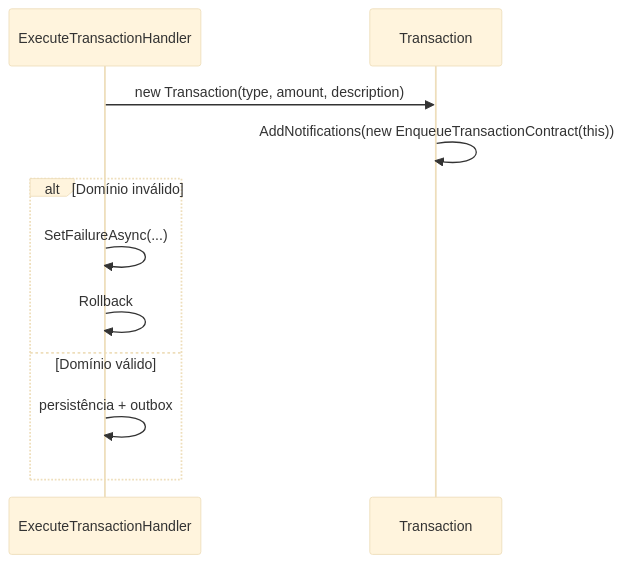
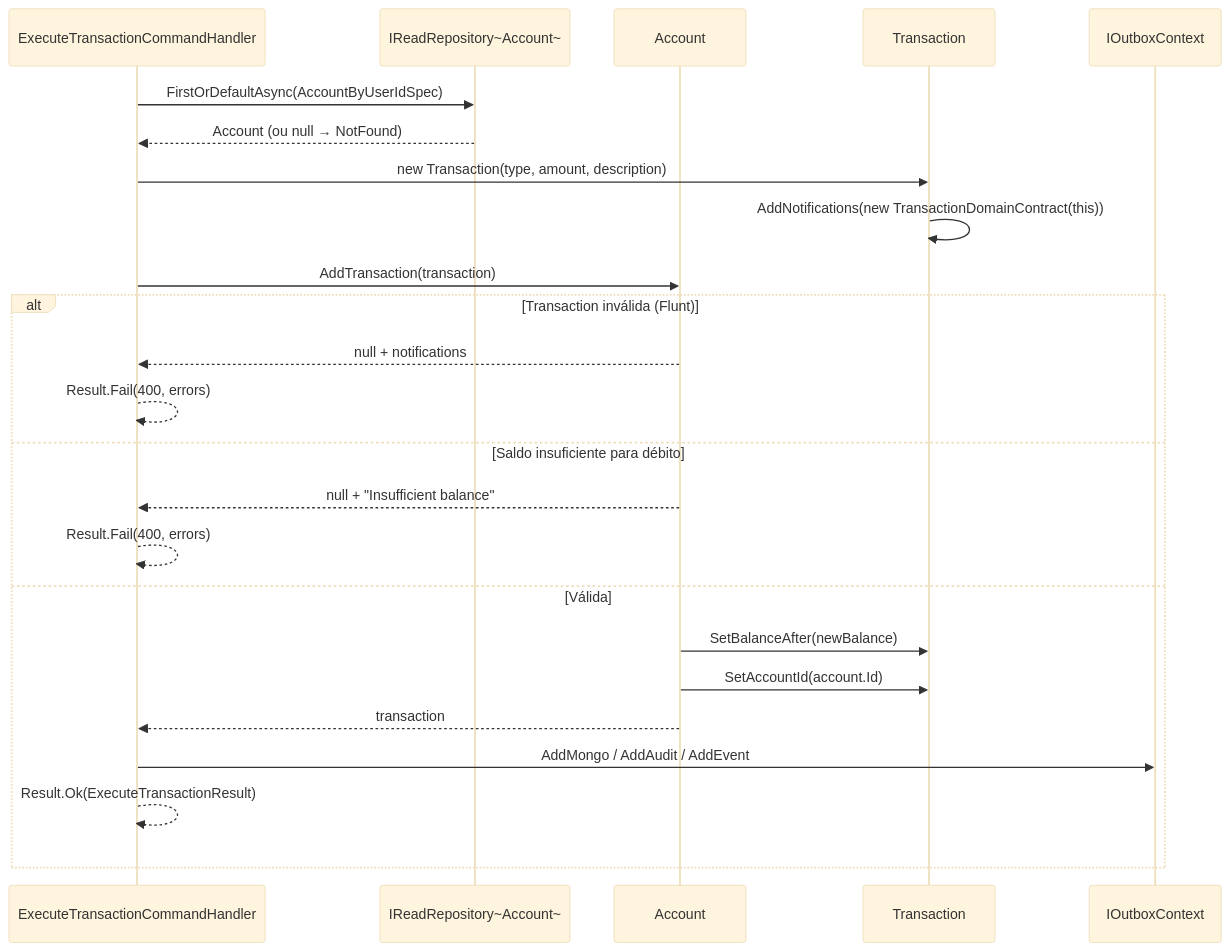
Before and after one commit to filipececcon/arch-challenge: the third of 3 diagrams in docs/architecture/cashflow/layer-03-domain.md, drawn with Mermaid (base theme). The commit also changed other lines of this file and 38 other files, not shown here.

First line of the commit message:
Refactor Cashflow architecture docs for account aggregate and unified outbox

````diff
--- a/docs/architecture/cashflow/layer-03-domain.md
+++ b/docs/architecture/cashflow/layer-03-domain.md
@@ -163,15 +209,29 @@
 ```mermaid
 sequenceDiagram
-    participant Handler as ExecuteTransactionHandler
+    participant Handler as ExecuteTransactionCommandHandler
+    participant ReadRepo as IReadRepository~Account~
+    participant Acc as Account
     participant Tx as Transaction
+    participant OCtx as IOutboxContext
+
+    Handler->>ReadRepo: FirstOrDefaultAsync(AccountByUserIdSpec)
+    ReadRepo-->>Handler: Account (ou null → NotFound)
 
     Handler->>Tx: new Transaction(type, amount, description)
-    Tx->>Tx: AddNotifications(new EnqueueTransactionContract(this))
+    Tx->>Tx: AddNotifications(new TransactionDomainContract(this))
 
-    alt Domínio inválido
-        Handler->>Handler: SetFailureAsync(...)
-        Handler->>Handler: Rollback
-    else Domínio válido
-        Handler->>Handler: persistência + outbox
+    Handler->>Acc: AddTransaction(transaction)
+    alt Transaction inválida (Flunt)
+        Acc-->>Handler: null + notifications
+        Handler-->>Handler: Result.Fail(400, errors)
+    else Saldo insuficiente para débito
+        Acc-->>Handler: null + "Insufficient balance"
+        Handler-->>Handler: Result.Fail(400, errors)
+    else Válida
+        Acc->>Tx: SetBalanceAfter(newBalance)
+        Acc->>Tx: SetAccountId(account.Id)
+        Acc-->>Handler: transaction
+        Handler->>OCtx: AddMongo / AddAudit / AddEvent
+        Handler-->>Handler: Result.Ok(ExecuteTransactionResult)
     end
 ```
````
